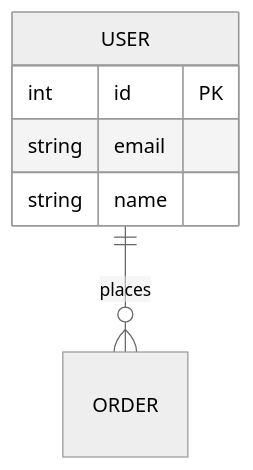
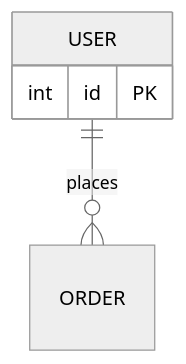
One commit to liamc225/diagram-skill changed the fourth of 4 diagrams in diagram.md. Above: the diagram before and after it, drawn with Mermaid (neutral theme). The commit also changed other lines of this file and 2 other files, not shown here.

````diff
--- a/diagram.md
+++ b/diagram.md
@@ -121,9 +80,5 @@
 ```mermaid
 erDiagram
     USER ||--o{ ORDER : places
-    USER {
-        int id PK
-        string email
-        string name
-    }
+    USER { int id PK }
 ```
````
